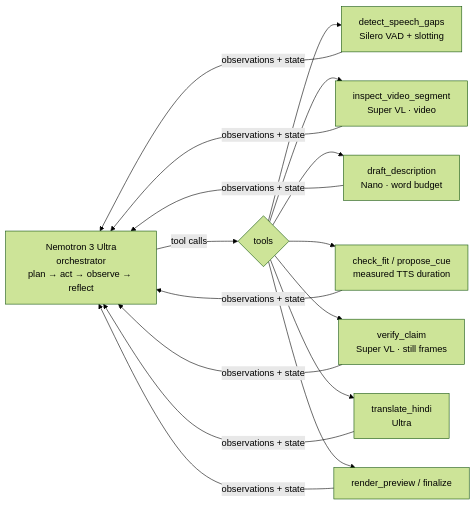
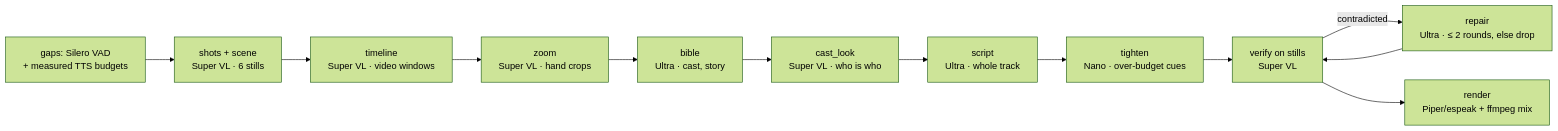
Before and after one commit to nankris/narrate: the diagram in README.md, drawn with Mermaid (forest theme). The commit also changed other lines of this file and 1 other file, not shown here.

First line of the commit message:
README: document the current English-only, Windows-tested release with verified numbers

````diff
--- a/README.md
+++ b/README.md
@@ -109,12 +82,14 @@
 ```mermaid
 flowchart LR
-    U["Nemotron 3 Ultra<br/>orchestrator<br/>plan → act → observe → reflect"] -->|tool calls| T{tools}
-    T --> G["detect_speech_gaps<br/>Silero VAD + slotting"]
-    T --> I["inspect_video_segment<br/>Super VL · video"]
-    T --> D["draft_description<br/>Nano · word budget"]
-    T --> F["check_fit / propose_cue<br/>measured TTS duration"]
-    T --> V["verify_claim<br/>Super VL · still frames"]
-    T --> H["translate_hindi<br/>Ultra"]
-    T --> R["render_preview / finalize"]
-    G & I & D & F & V & H & R -->|observations + state| U
+    A["gaps: Silero VAD<br/>+ measured TTS budgets"] --> B["shots + scene<br/>Super VL · 6 stills"]
+    B --> C["timeline<br/>Super VL · video windows"]
+    C --> Z["zoom<br/>Super VL · hand crops"]
+    Z --> D["bible<br/>Ultra · cast, story"]
+    D --> G["cast_look<br/>Super VL · who is who"]
+    G --> S["script<br/>Ultra · whole track"]
+    S --> T["tighten<br/>Nano · over-budget cues"]
+    T --> V["verify on stills<br/>Super VL"]
+    V -->|contradicted| R["repair<br/>Ultra · ≤ 2 rounds, else drop"]
+    R --> V
+    V --> O["render<br/>Piper/espeak + ffmpeg mix"]
 ```
````
